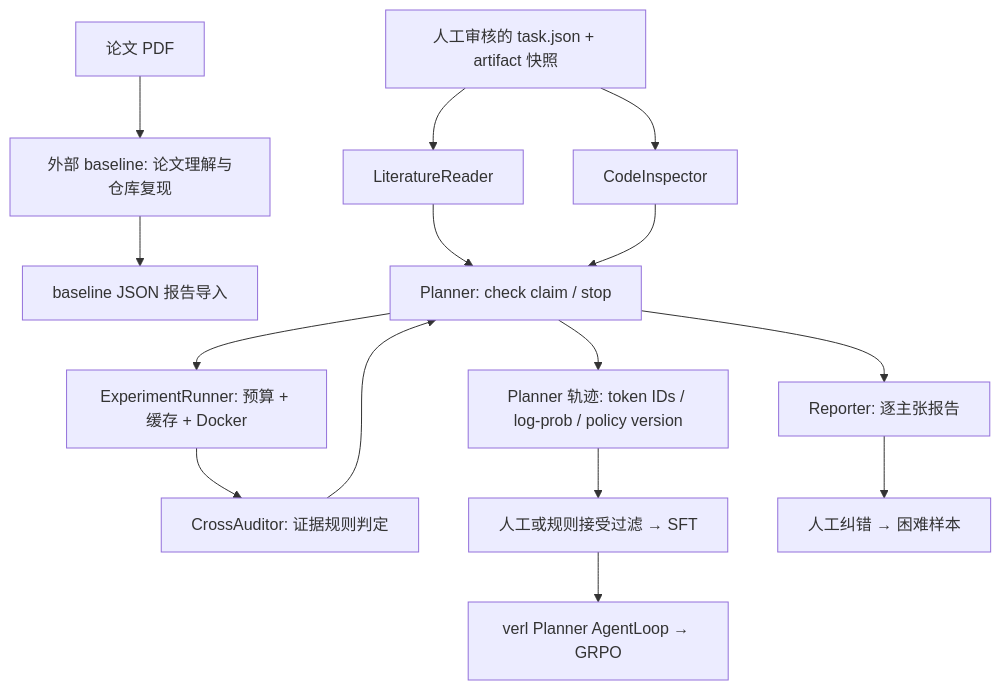
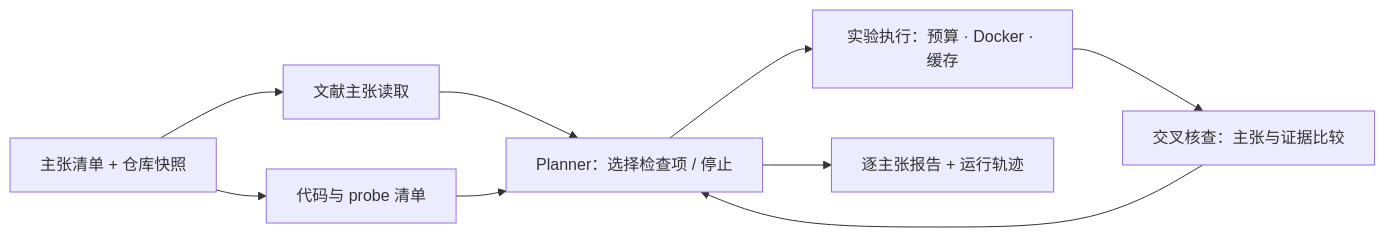
Before and after one commit to Gump111458785/ArtiCheck: the diagram in README.md, drawn with Mermaid. The commit also changed other lines of this file and 1 other file, not shown here.

````diff
--- a/README.md
+++ b/README.md
@@ -39,17 +82,11 @@
 ```mermaid
-flowchart TD
-  A[论文 PDF] --> B[外部 baseline: 论文理解与仓库复现]
-  B --> C[baseline JSON 报告导入]
-  M[人工审核的 task.json + artifact 快照] --> L[LiteratureReader]
-  M --> I[CodeInspector]
-  L --> P[Planner: check claim / stop]
-  I --> P
-  P --> E[ExperimentRunner: 预算 + 缓存 + Docker]
-  E --> V[CrossAuditor: 证据规则判定]
-  V --> P
-  P --> R[Reporter: 逐主张报告]
-  P --> T[Planner 轨迹: token IDs / log-prob / policy version]
-  T --> S[人工或规则接受过滤 → SFT]
-  S --> G[verl Planner AgentLoop → GRPO]
-  R --> F[人工纠错 → 困难样本]
+flowchart LR
+    T["主张清单 + 仓库快照"] --> L["文献主张读取"]
+    T --> C["代码与 probe 清单"]
+    L --> P["Planner：选择检查项 / 停止"]
+    C --> P
+    P --> E["实验执行：预算 · Docker · 缓存"]
+    E --> A["交叉核查：主张与证据比较"]
+    A --> P
+    P --> R["逐主张报告 + 运行轨迹"]
 ```
````
